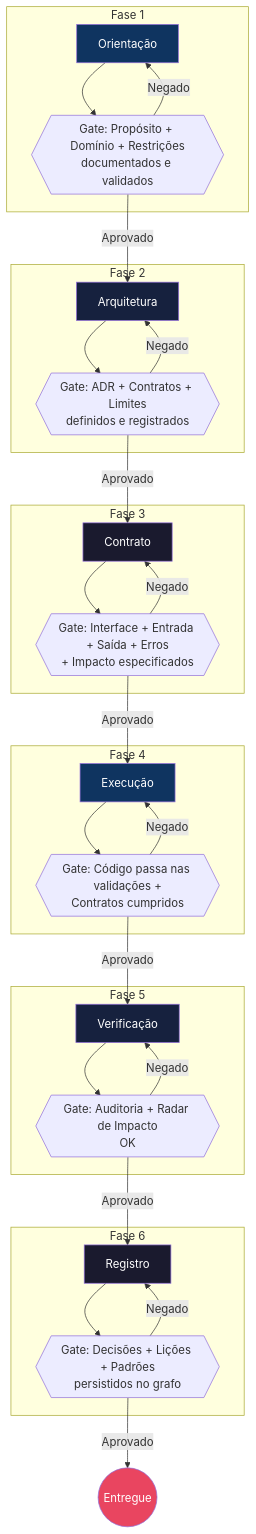
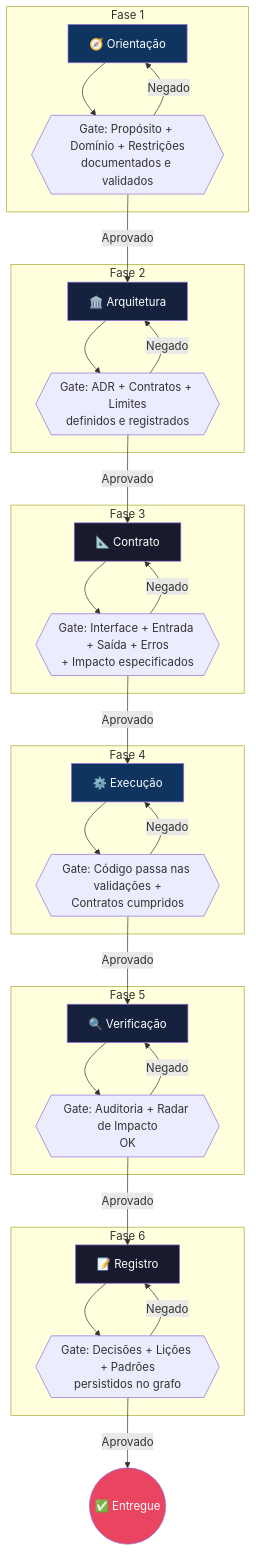
One commit to CIpriano2025/KOM-2.0 changed the second of 3 diagrams in README.md. Above: the diagram before and after it, drawn with Mermaid. The commit also changed other lines of this file and 3 other files, not shown here.

````diff
--- a/README.md
+++ b/README.md
@@ -103,54 +104,54 @@
 ```mermaid
 flowchart TD
     subgraph "Fase 1"
-        O[Orientação]
+        O[🧭 Orientação]
         G1{{Gate: Propósito + Domínio + Restrições<br>documentados e validados}}
     end
     subgraph "Fase 2"
-        A[Arquitetura]
+        A[🏛️ Arquitetura]
         G2{{Gate: ADR + Contratos + Limites<br>definidos e registrados}}
     end
     subgraph "Fase 3"
-        C[Contrato]
+        C[📐 Contrato]
         G3{{Gate: Interface + Entrada + Saída + Erros<br>+ Impacto especificados}}
     end
     subgraph "Fase 4"
-        E[Execução]
+        E[⚙️ Execução]
         G4{{Gate: Código passa nas validações +<br>Contratos cumpridos}}
     end
     subgraph "Fase 5"
-        V[Verificação]
+        V[🔍 Verificação]
         G5{{Gate: Auditoria + Radar de Impacto<br>OK}}
     end
     subgraph "Fase 6"
-        R[Registro]
+        R[📝 Registro]
         G6{{Gate: Decisões + Lições + Padrões<br>persistidos no grafo}}
     end
 
     O --> G1
     G1 -->|Aprovado| A
     G1 -->|Negado| O
     A --> G2
     G2 -->|Aprovado| C
     G2 -->|Negado| A
     C --> G3
     G3 -->|Aprovado| E
     G3 -->|Negado| C
     E --> G4
     G4 -->|Aprovado| V
     G4 -->|Negado| E
     V --> G5
     G5 -->|Aprovado| R
     G5 -->|Negado| V
     R --> G6
-    G6 -->|Aprovado| FIM((Entregue))
+    G6 -->|Aprovado| FIM((✅ Entregue))
     G6 -->|Negado| R
 
     style O fill:#0f3460,color:#fff
     style A fill:#16213e,color:#fff
     style C fill:#1a1a2e,color:#fff
     style E fill:#0f3460,color:#fff
     style V fill:#16213e,color:#fff
     style R fill:#1a1a2e,color:#fff
     style FIM fill:#e94560,color:#fff
 ```
````
